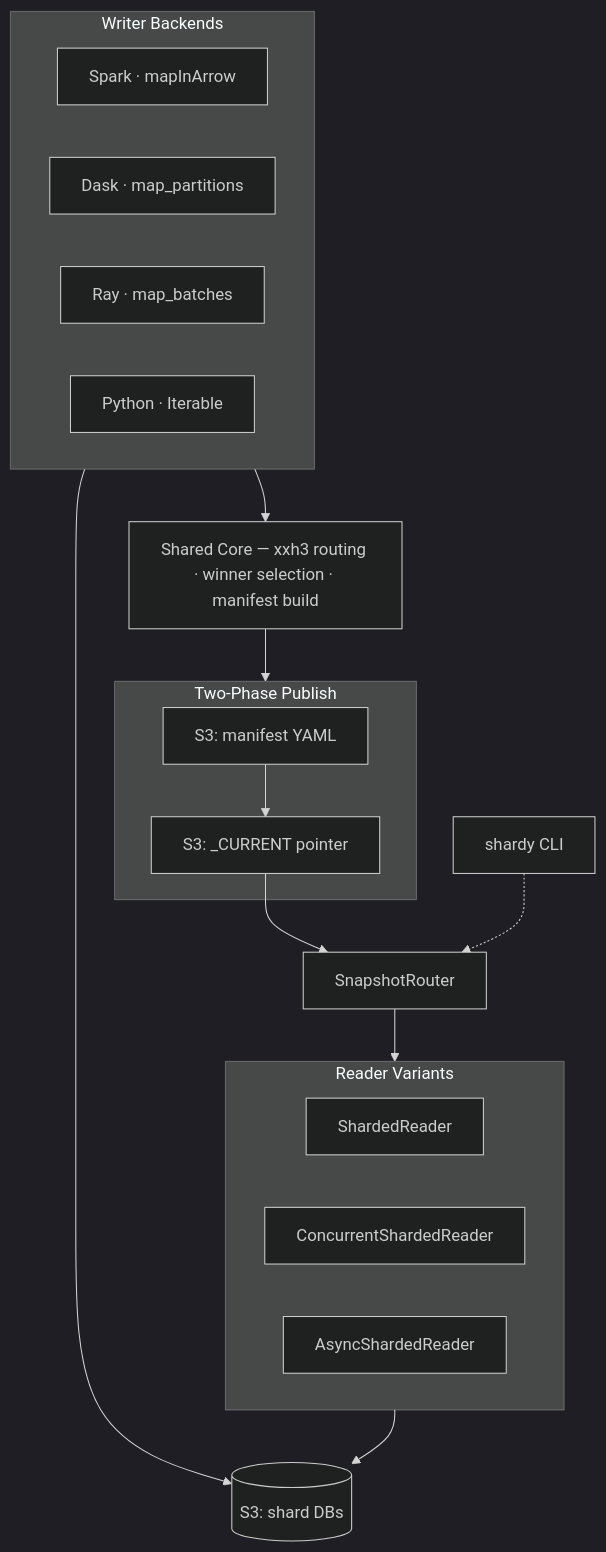
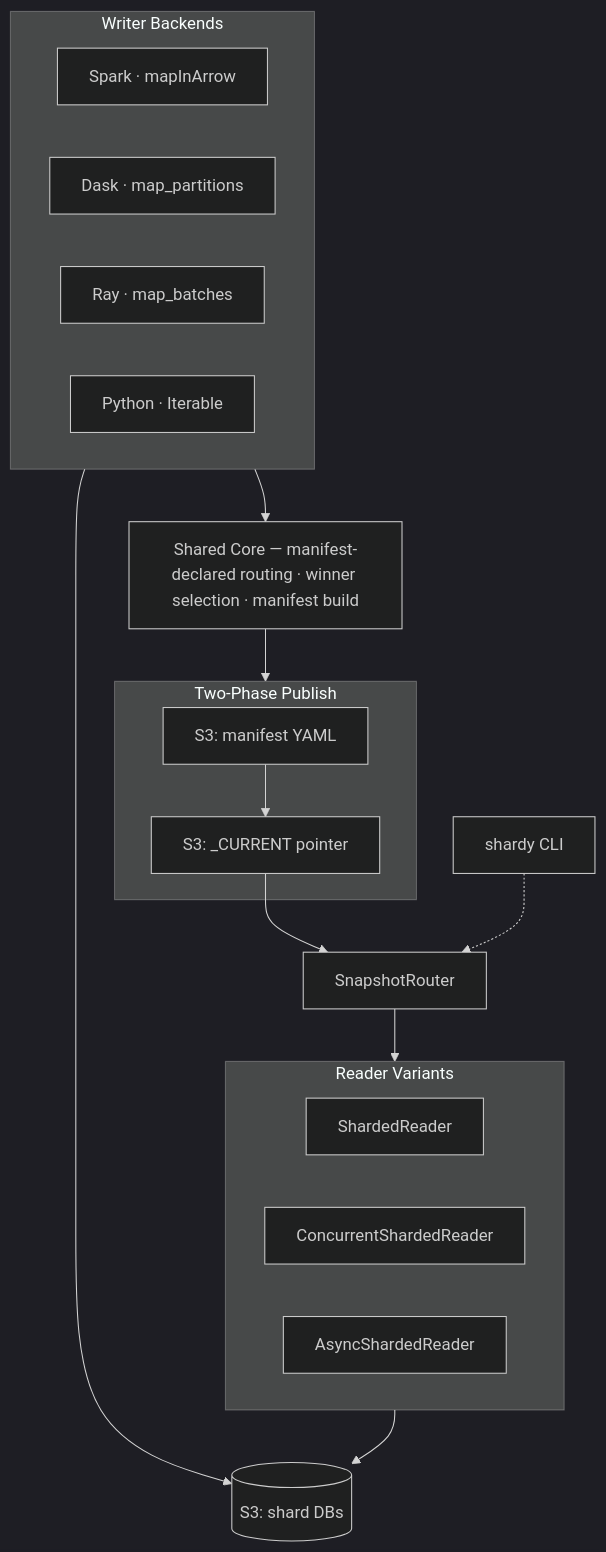
The second of 2 diagrams in README.md (elkin/shardyfusion), drawn with Mermaid (dark theme) before and after one commit. The commit also changed other lines of this file and 56 other files, not shown here.

````diff
--- a/README.md
+++ b/README.md
@@ -67,34 +67,34 @@
 ```mermaid
 graph TB
     subgraph Writers["Writer Backends"]
         spark["Spark · mapInArrow"]
         dask["Dask · map_partitions"]
         ray["Ray · map_batches"]
         python["Python · Iterable"]
     end
 
-    core["Shared Core — xxh3 routing · winner selection · manifest build"]
+    core["Shared Core — manifest-declared routing · winner selection · manifest build"]
 
     subgraph Publish["Two-Phase Publish"]
         s3manifest["S3: manifest YAML"]
         s3current["S3: _CURRENT pointer"]
     end
 
     shards[("S3: shard DBs")]
 
     router["SnapshotRouter"]
 
     subgraph Readers["Reader Variants"]
         sync["ShardedReader"]
         concurrent["ConcurrentShardedReader"]
         async_r["AsyncShardedReader"]
     end
 
     cli["shardy CLI"]
 
     Writers --> core --> Publish
     s3manifest --> s3current
     Writers --> shards
     s3current --> router --> Readers --> shards
     cli -.-> router
 ```
````
